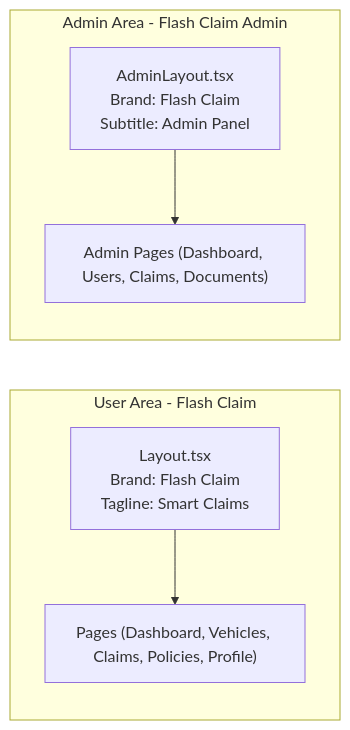
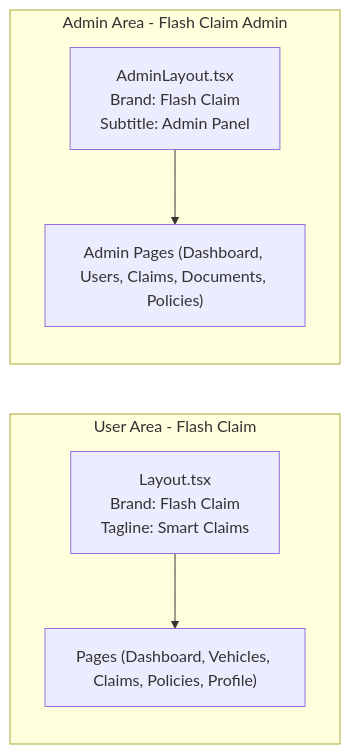
One commit to NaveenHiranya/Smart-Vehicle-Insurance-Claim-System changed the fifth of 13 diagrams in .qoder/repowiki/en/content/Frontend Documentation/Frontend Documentation.md. Above: the diagram before and after it, drawn with Mermaid. The commit also changed other lines of this file and 38 other files, not shown here.

````diff
--- a/.qoder/repowiki/en/content/Frontend Documentation/Frontend Documentation.md
+++ b/.qoder/repowiki/en/content/Frontend Documentation/Frontend Documentation.md
@@ -222,13 +227,13 @@
 ```mermaid
 graph LR
 subgraph "User Area - Flash Claim"
 UL["Layout.tsx<br/>Brand: Flash Claim<br/>Tagline: Smart Claims"]
 LP["Pages (Dashboard, Vehicles, Claims, Policies, Profile)"]
 end
 subgraph "Admin Area - Flash Claim Admin"
 AL["AdminLayout.tsx<br/>Brand: Flash Claim<br/>Subtitle: Admin Panel"]
-AP["Admin Pages (Dashboard, Users, Claims, Documents)"]
+AP["Admin Pages (Dashboard, Users, Claims, Documents, Policies)"]
 end
 UL --> LP
 AL --> AP
 ```
````
